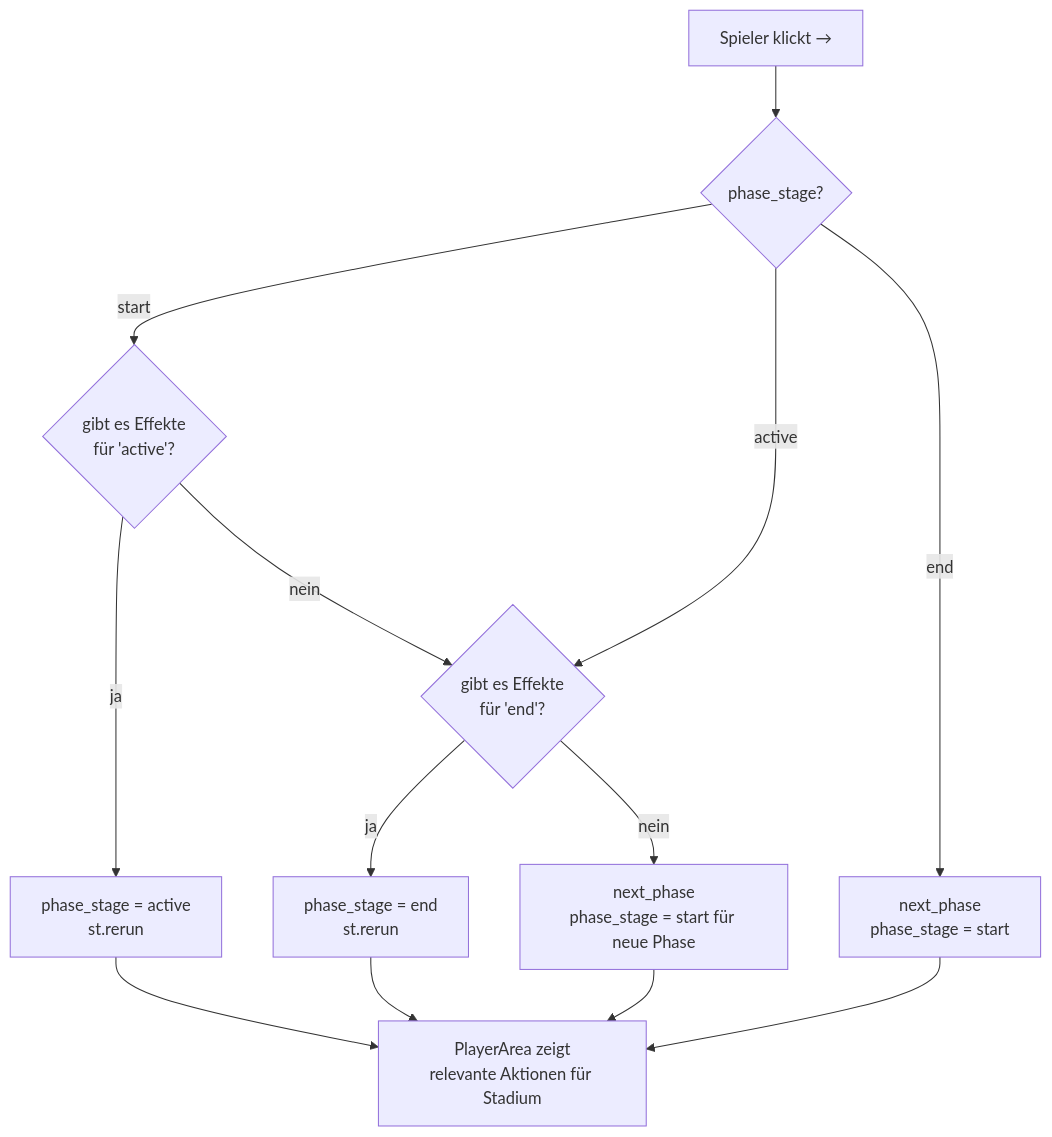
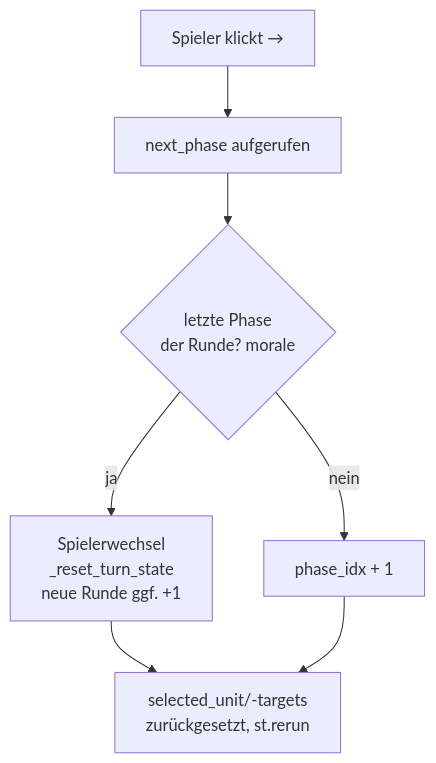
One commit to WolfgangKoe/Arbiter changed the third of 15 diagrams in docs/spec/processes.md. Above: the diagram before and after it, drawn with Mermaid. The commit also changed other lines of this file and 9 other files, not shown here.

````diff
--- a/docs/spec/processes.md
+++ b/docs/spec/processes.md
@@ -72,15 +73,9 @@
 ```mermaid
 flowchart TD
-    A[Spieler klickt →] --> B{phase_stage?}
-    B -- start --> C{gibt es Effekte\nfür 'active'?}
-    C -- ja --> D[phase_stage = active\nst.rerun]
-    C -- nein --> E{gibt es Effekte\nfür 'end'?}
-    E -- ja --> F[phase_stage = end\nst.rerun]
-    E -- nein --> G[next_phase\nphase_stage = start für neue Phase]
-    B -- active --> E
-    B -- end --> H[next_phase\nphase_stage = start]
-    D --> Z[PlayerArea zeigt\nrelevante Aktionen für Stadium]
-    F --> Z
-    G --> Z
-    H --> Z
+    A[Spieler klickt →] --> B[next_phase aufgerufen]
+    B --> C{letzte Phase\nder Runde? morale}
+    C -- ja --> D[Spielerwechsel\n_reset_turn_state\nneue Runde ggf. +1]
+    C -- nein --> E[phase_idx + 1]
+    D --> F[selected_unit/-targets\nzurückgesetzt, st.rerun]
+    E --> F
 ```
````
